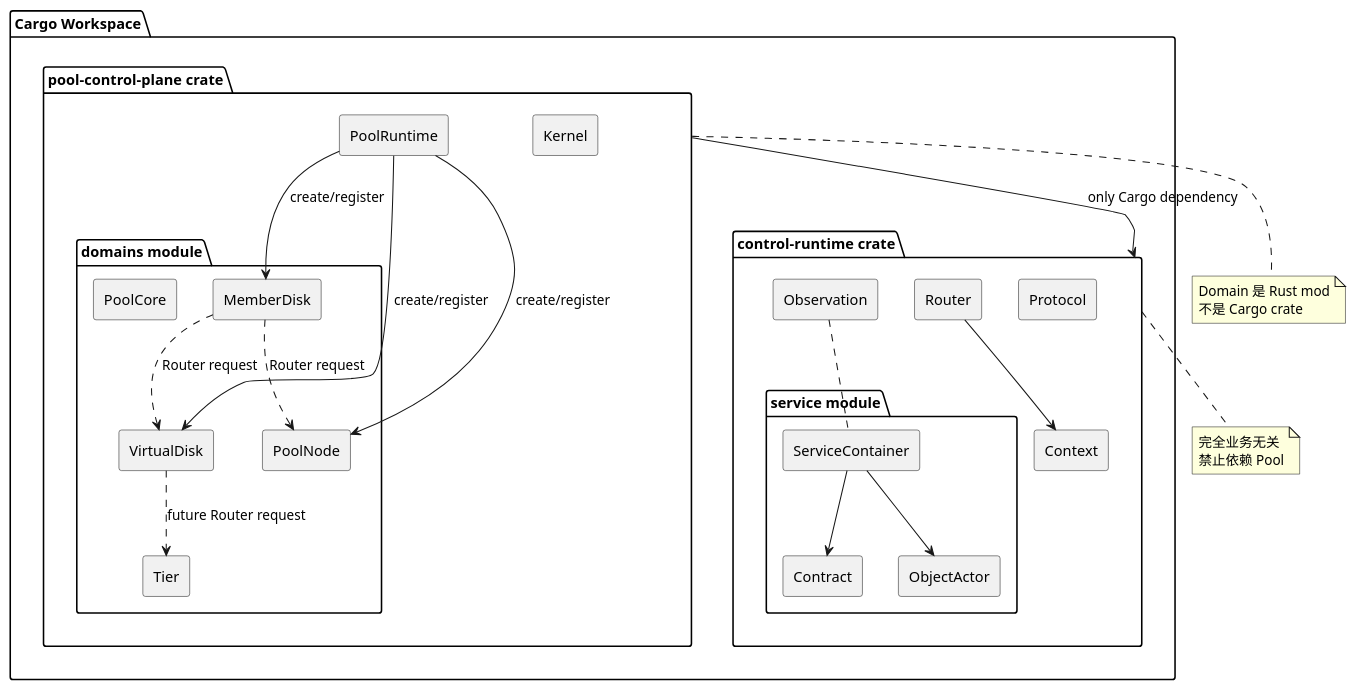
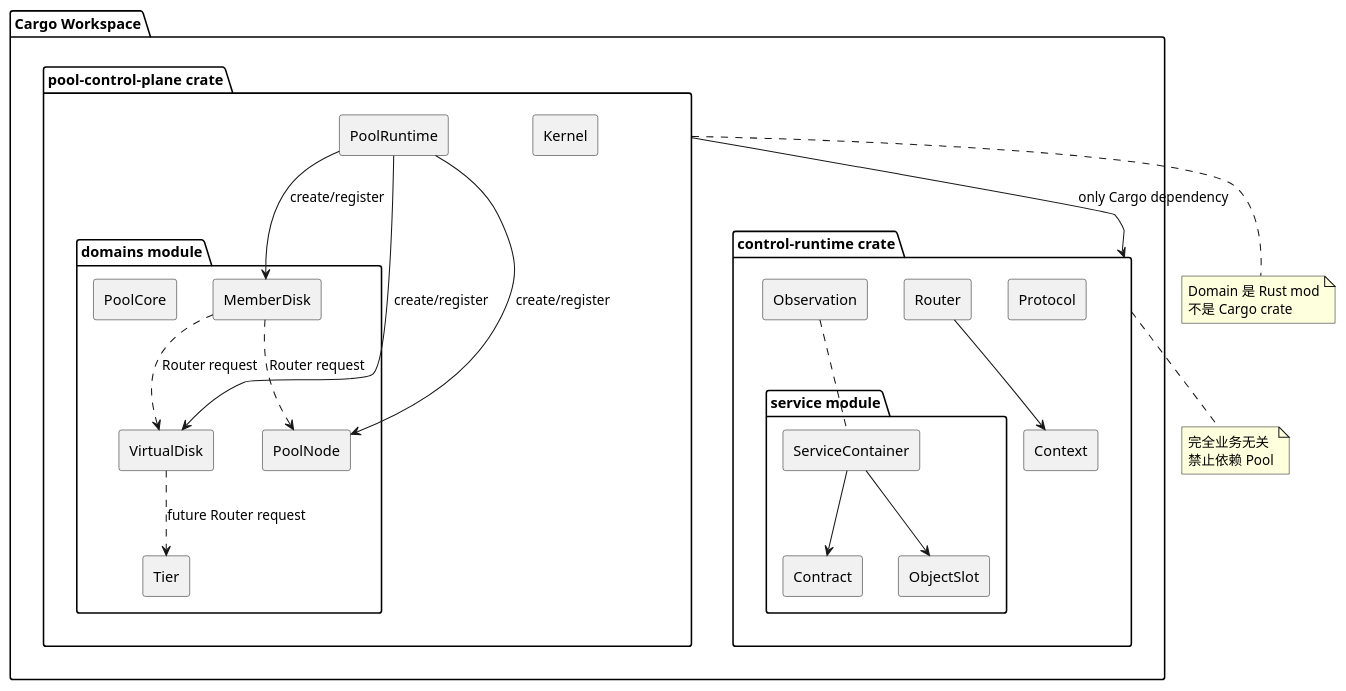
Before and after one commit to limushu/runtime: the diagram in pool-control-plane-baseline/diagrams/package-workspace-layout.puml, drawn with PlantUML. The commit also changed 24 other files, not shown here.

```diff
--- a/pool-control-plane-baseline/diagrams/package-workspace-layout.puml
+++ b/pool-control-plane-baseline/diagrams/package-workspace-layout.puml
@@ -1,55 +1,55 @@
 @startuml
 skinparam backgroundColor white
 skinparam defaultFontName "Microsoft YaHei"
 skinparam shadowing false
 skinparam componentStyle rectangle
 
 package "Cargo Workspace" {
   package "control-runtime crate" as Runtime {
     component Protocol
     component Context
     component Router
     component Observation
     package "service module" {
       component Contract
       component ServiceContainer
-      component ObjectActor
+      component ObjectSlot
     }
   }
 
   package "pool-control-plane crate" as Pool {
     component Kernel
     component PoolRuntime
     package "domains module" {
       component MemberDisk
       component VirtualDisk
       component PoolNode
       component Tier
       component PoolCore
     }
   }
 }
 
 Pool --> Runtime : only Cargo dependency
 PoolRuntime --> MemberDisk : create/register
 PoolRuntime --> VirtualDisk : create/register
 PoolRuntime --> PoolNode : create/register
 MemberDisk ..> VirtualDisk : Router request
 MemberDisk ..> PoolNode : Router request
 VirtualDisk ..> Tier : future Router request
 
 ServiceContainer --> Contract
-ServiceContainer --> ObjectActor
+ServiceContainer --> ObjectSlot
 Router --> Context
 Observation .. ServiceContainer
 
 note bottom of Pool
 Domain 是 Rust mod
 不是 Cargo crate
 end note
 
 note bottom of Runtime
 完全业务无关
 禁止依赖 Pool
 end note
 @enduml
```
